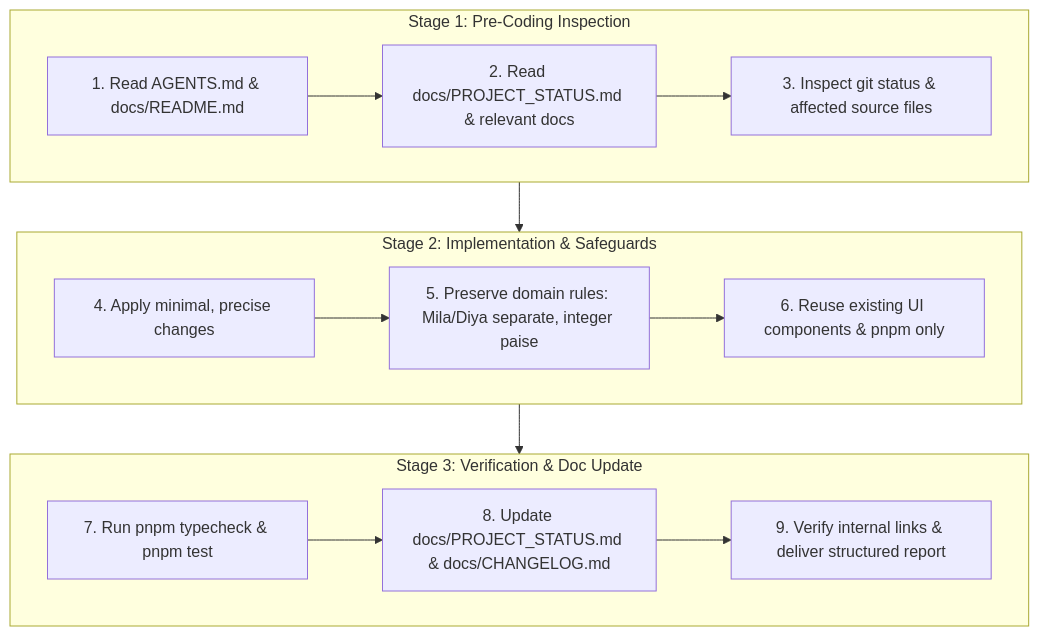
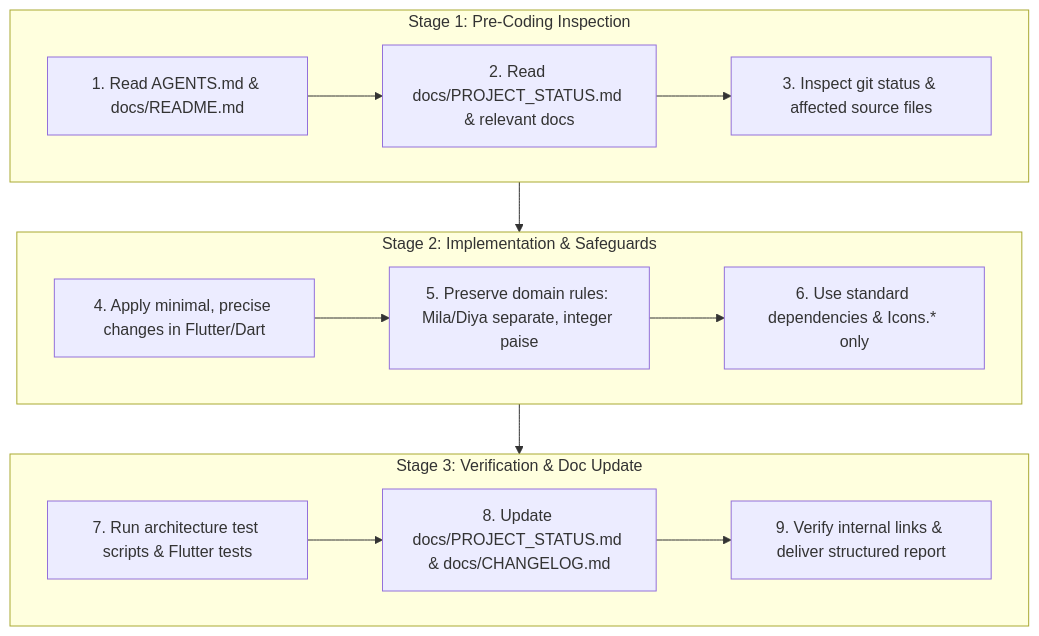
The diagram in docs/AI_WORKFLOW.md (igjitendra/Vivah), drawn with Mermaid before and after one commit. The commit also changed other lines of this file and 32 other files, not shown here.

Commit message:
docs(audit): complete Flutter-only repository audit, reconcile documentation and fix backup restore

````diff
--- a/docs/AI_WORKFLOW.md
+++ b/docs/AI_WORKFLOW.md
@@ -18,25 +19,25 @@
 ```mermaid
 flowchart TD
     subgraph Stage1 [Stage 1: Pre-Coding Inspection]
         S1A[1. Read AGENTS.md & docs/README.md]
         S1B[2. Read docs/PROJECT_STATUS.md & relevant docs]
         S1C[3. Inspect git status & affected source files]
         S1A --> S1B --> S1C
     end
 
     subgraph Stage2 [Stage 2: Implementation & Safeguards]
-        S2A[4. Apply minimal, precise changes]
+        S2A[4. Apply minimal, precise changes in Flutter/Dart]
         S2B[5. Preserve domain rules: Mila/Diya separate, integer paise]
-        S2C[6. Reuse existing UI components & pnpm only]
+        S2C[6. Use standard dependencies & Icons.* only]
         S2A --> S2B --> S2C
     end
 
     subgraph Stage3 [Stage 3: Verification & Doc Update]
-        S3A[7. Run pnpm typecheck & pnpm test]
+        S3A[7. Run architecture test scripts & Flutter tests]
         S3B[8. Update docs/PROJECT_STATUS.md & docs/CHANGELOG.md]
         S3C[9. Verify internal links & deliver structured report]
         S3A --> S3B --> S3C
     end
 
     Stage1 --> Stage2 --> Stage3
 ```
````
